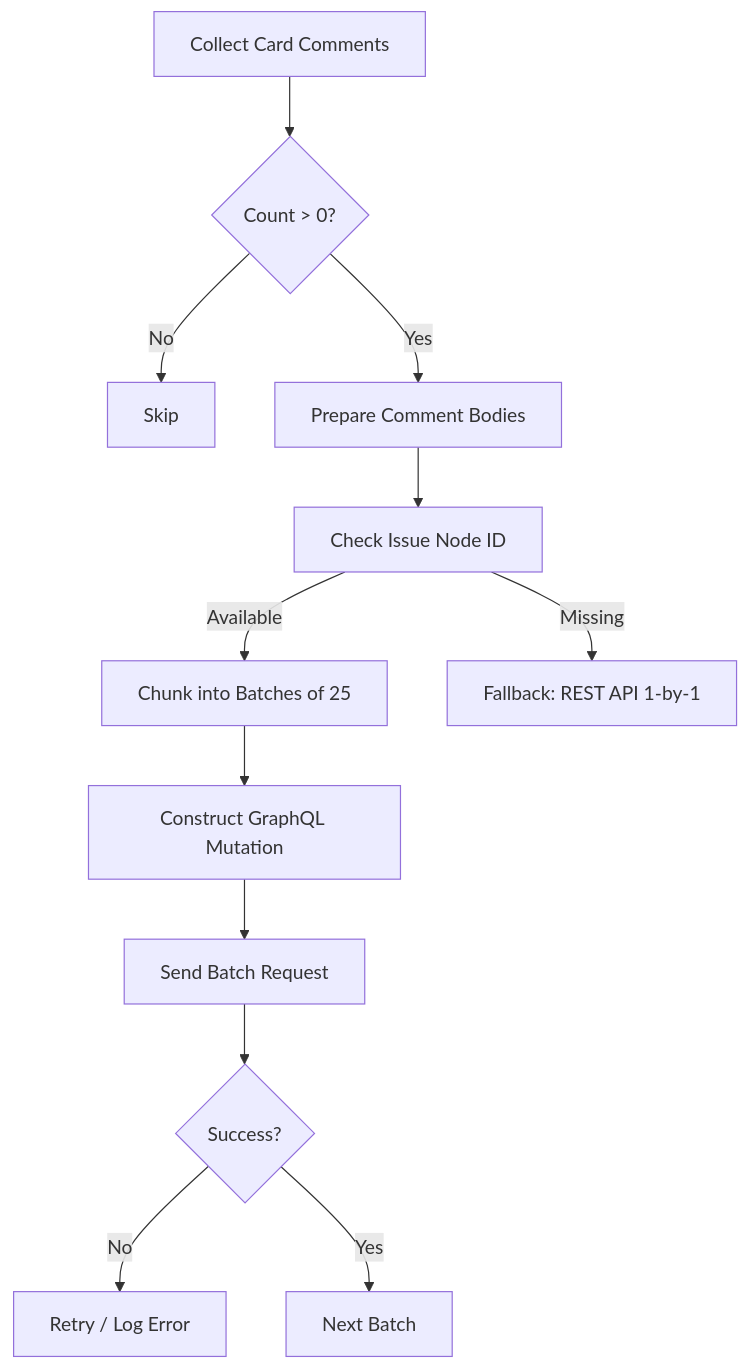
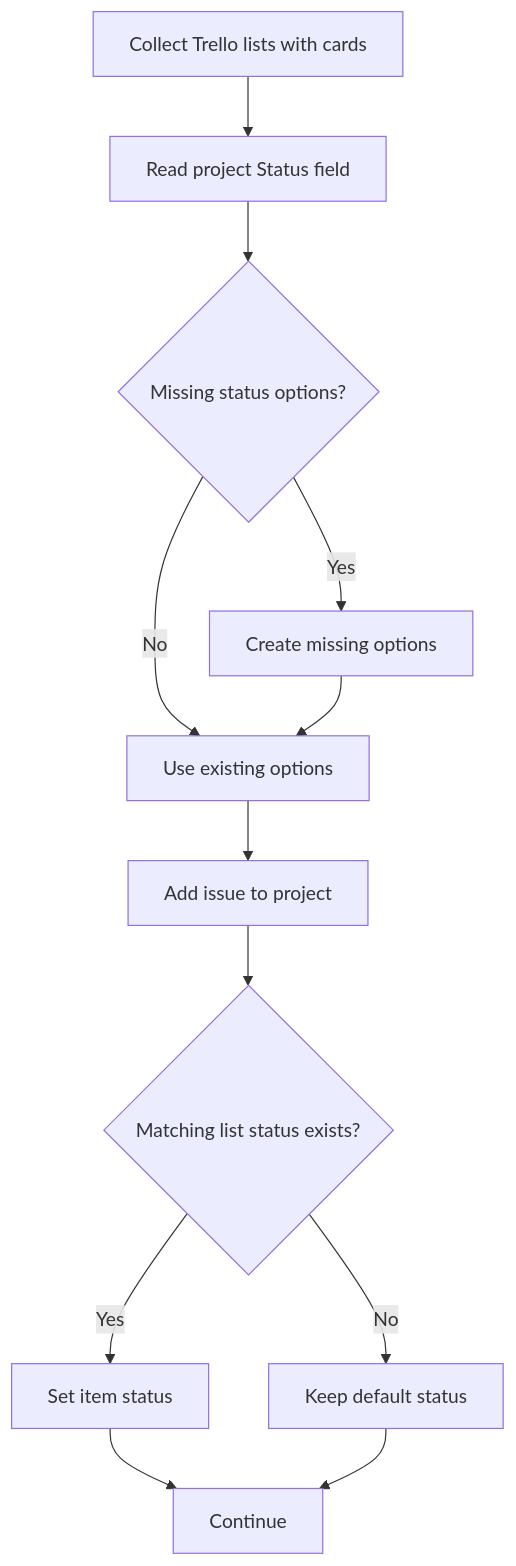
Before and after one commit to bmw-ece-ntust/trello-github-migration: diagram 11 of 13 in README.md, drawn with Mermaid. The commit also changed other lines of this file and 3 other files, not shown here.

````diff
--- a/README.md
+++ b/README.md
@@ -176,14 +457,14 @@
 ```mermaid
-graph TD
-    A[Collect Card Comments] --> B{Count > 0?};
-    B -- No --> C[Skip];
-    B -- Yes --> D[Prepare Comment Bodies];
-    D --> E[Check Issue Node ID];
-    E -- Available --> F[Chunk into Batches of 25];
-    F --> G[Construct GraphQL Mutation];
-    G --> H[Send Batch Request];
-    H --> I{Success?};
-    I -- No --> J[Retry / Log Error];
-    I -- Yes --> K[Next Batch];
-    E -- Missing --> L[Fallback: REST API 1-by-1];
+flowchart TD
+    A[Collect Trello lists with cards] --> B[Read project Status field]
+    B --> C{Missing status options?}
+    C -->|Yes| D[Create missing options]
+    C -->|No| E[Use existing options]
+    D --> E
+    E --> F[Add issue to project]
+    F --> G{Matching list status exists?}
+    G -->|Yes| H[Set item status]
+    G -->|No| I[Keep default status]
+    H --> J[Continue]
+    I --> J
 ```
````
